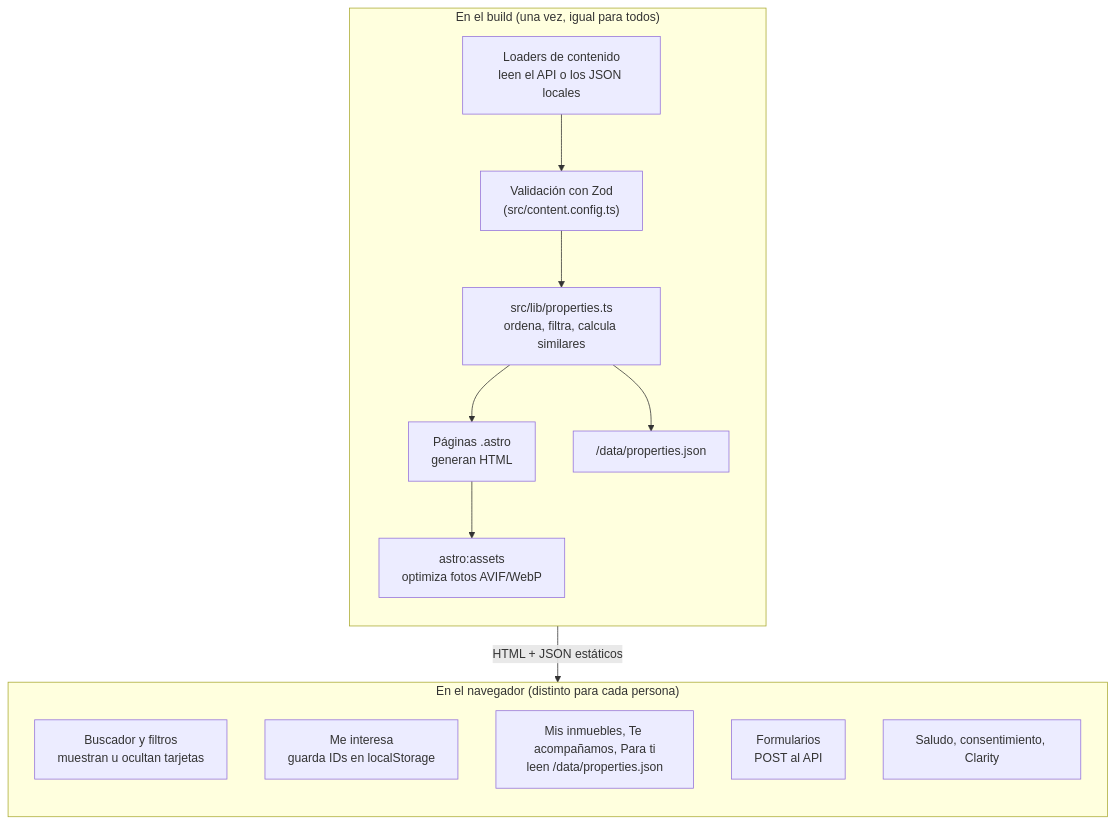
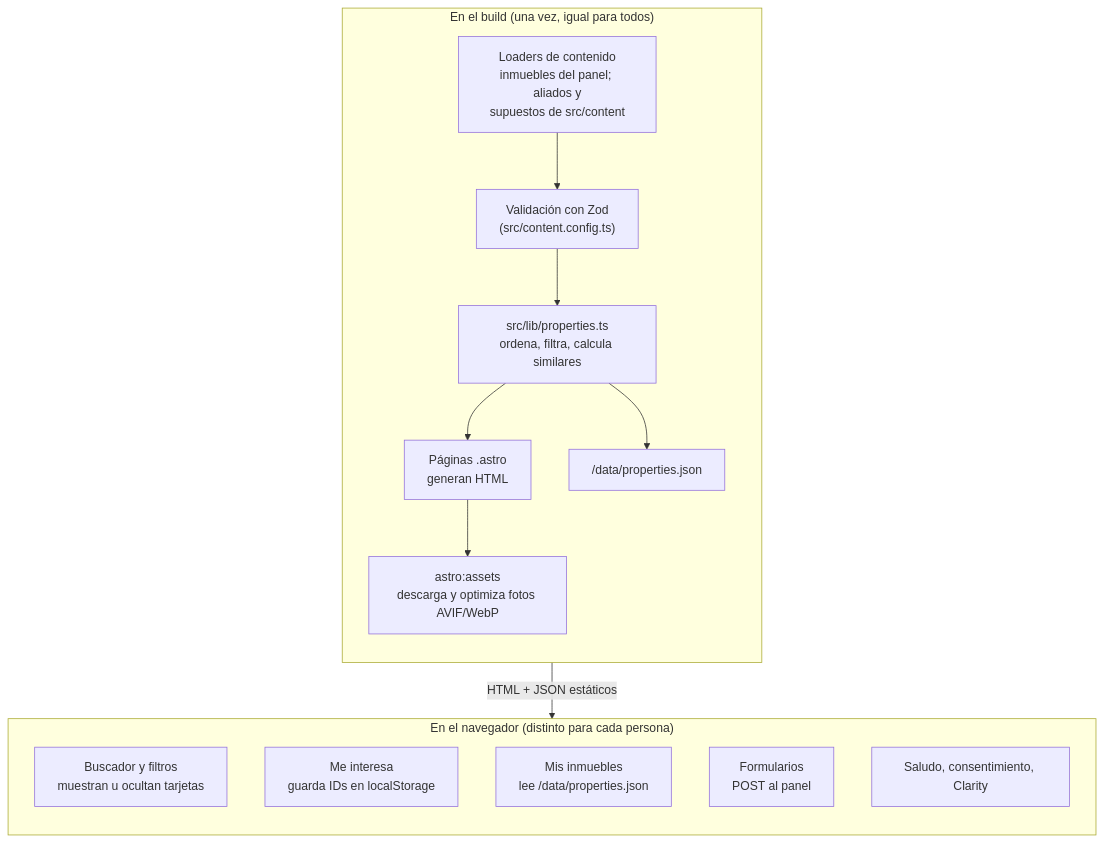
One commit to samirharrytl/DHC_landing changed the fourth of 4 diagrams in docs/plataforma/01-arquitectura.md. Above: the diagram before and after it, drawn with Mermaid. The commit also changed other lines of this file and 94 other files, not shown here.

````diff
--- a/docs/plataforma/01-arquitectura.md
+++ b/docs/plataforma/01-arquitectura.md
@@ -136,26 +126,26 @@
 ```mermaid
 flowchart TB
     subgraph EnBuild["En el build (una vez, igual para todos)"]
         direction TB
-        L1["Loaders de contenido<br/>leen el API o los JSON locales"]
+        L1["Loaders de contenido<br/>inmuebles del panel; aliados y<br/>supuestos de src/content"]
         L2["Validación con Zod<br/>(src/content.config.ts)"]
         L3["src/lib/properties.ts<br/>ordena, filtra, calcula similares"]
         L4["Páginas .astro<br/>generan HTML"]
-        L5["astro:assets<br/>optimiza fotos AVIF/WebP"]
+        L5["astro:assets<br/>descarga y optimiza fotos AVIF/WebP"]
         L6["/data/properties.json"]
         L1 --> L2 --> L3 --> L4
         L3 --> L6
         L4 --> L5
     end
 
     subgraph EnNavegador["En el navegador (distinto para cada persona)"]
         direction TB
         N1["Buscador y filtros<br/>muestran u ocultan tarjetas"]
         N2["Me interesa<br/>guarda IDs en localStorage"]
-        N3["Mis inmuebles, Te acompañamos, Para ti<br/>leen /data/properties.json"]
-        N4["Formularios<br/>POST al API"]
+        N3["Mis inmuebles<br/>lee /data/properties.json"]
+        N4["Formularios<br/>POST al panel"]
         N5["Saludo, consentimiento, Clarity"]
     end
 
     EnBuild -- "HTML + JSON estáticos" --> EnNavegador
 ```
````
